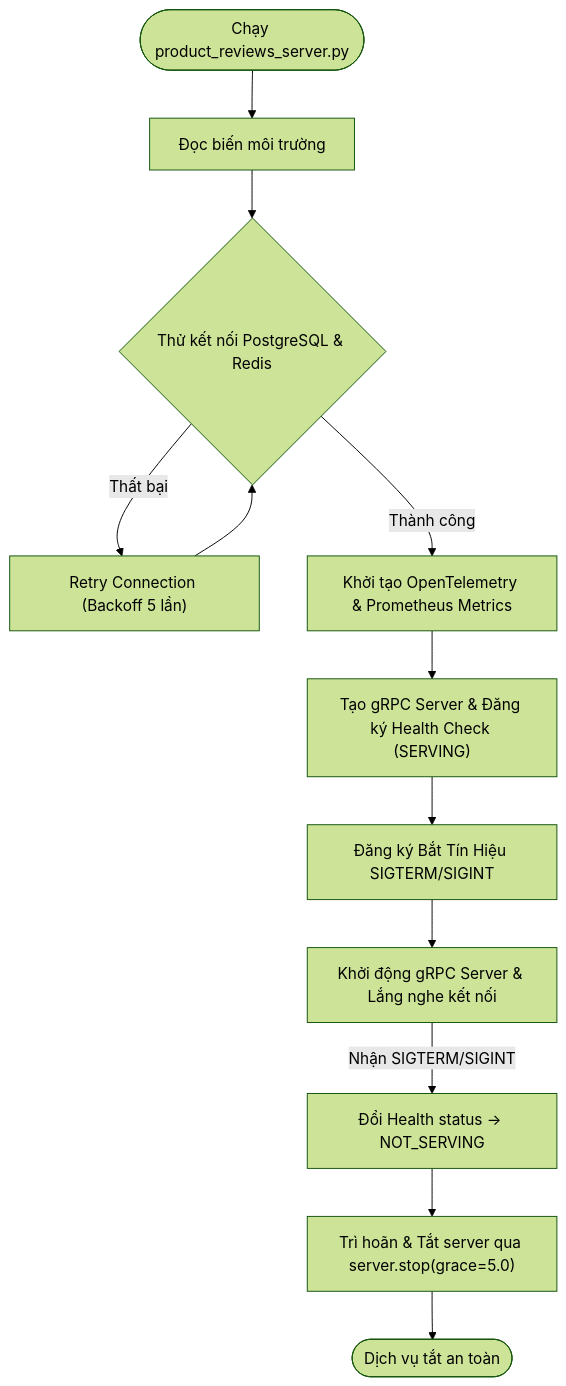
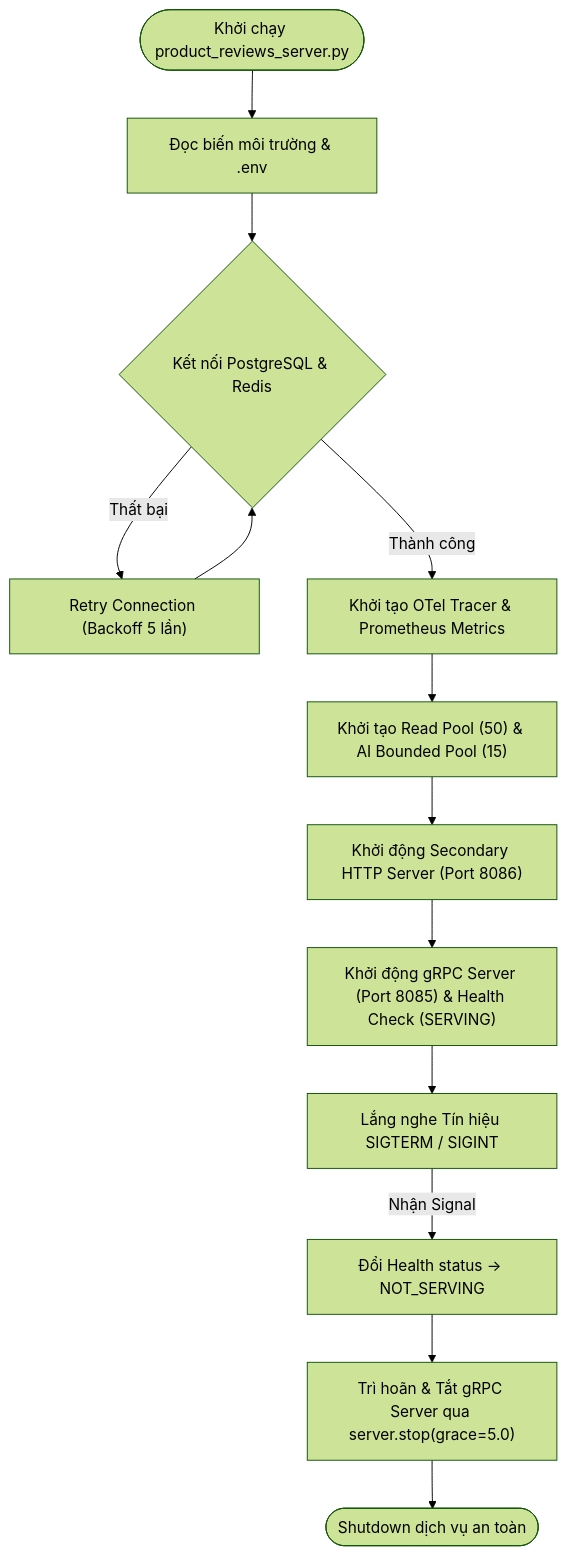
The second of 5 diagrams in AIE1/techx-corp-platform/src/product-reviews/README.md (DangThao195/AIO02_TF3_Phase3), drawn with Mermaid (forest theme) before and after one commit. The commit also changed other lines of this file and 16 other files, not shown here.

````diff
--- a/AIE1/techx-corp-platform/src/product-reviews/README.md
+++ b/AIE1/techx-corp-platform/src/product-reviews/README.md
@@ -61,15 +84,16 @@
 ```mermaid
 flowchart TD
-    Start(["Chạy product_reviews_server.py"]) --> Env["Đọc biến môi trường"]
-    Env --> DBConnect{"Thử kết nối PostgreSQL & Redis"}
+    Start(["Khởi chạy product_reviews_server.py"]) --> Env["Đọc biến môi trường & .env"]
+    Env --> DBConnect{"Kết nối PostgreSQL & Redis"}
     DBConnect -->|Thất bại| Retry["Retry Connection (Backoff 5 lần)"]
     Retry --> DBConnect
-    DBConnect -->|Thành công| InitOtel["Khởi tạo OpenTelemetry & Prometheus Metrics"]
-    InitOtel --> CreateServer["Tạo gRPC Server & Đăng ký Health Check (SERVING)"]
-    CreateServer --> RegisterSignal["Đăng ký Bắt Tín Hiệu SIGTERM/SIGINT"]
-    RegisterSignal --> StartListen["Khởi động gRPC Server & Lắng nghe kết nối"]
-    
-    StartListen -->|Nhận SIGTERM/SIGINT| HealthNotServing["Đổi Health status -> NOT_SERVING"]
-    HealthNotServing --> WaitGrace["Trì hoãn & Tắt server qua server.stop(grace=5.0)"]
-    WaitGrace --> EndService(["Dịch vụ tắt an toàn"])
+    DBConnect -->|Thành công| InitMetrics["Khởi tạo OTel Tracer & Prometheus Metrics"]
+    InitMetrics --> InitPools["Khởi tạo Read Pool (50) & AI Bounded Pool (15)"]
+    InitPools --> StartHTTP["Khởi động Secondary HTTP Server (Port 8086)"]
+    StartHTTP --> StartGRPC["Khởi động gRPC Server (Port 8085) & Health Check (SERVING)"]
+    StartGRPC --> ListenSignal["Lắng nghe Tín hiệu SIGTERM / SIGINT"]
+
+    ListenSignal -->|Nhận Signal| HealthNotServing["Đổi Health status -> NOT_SERVING"]
+    HealthNotServing --> WaitGrace["Trì hoãn & Tắt gRPC Server qua server.stop(grace=5.0)"]
+    WaitGrace --> EndService(["Shutdown dịch vụ an toàn"])
 ```
````
